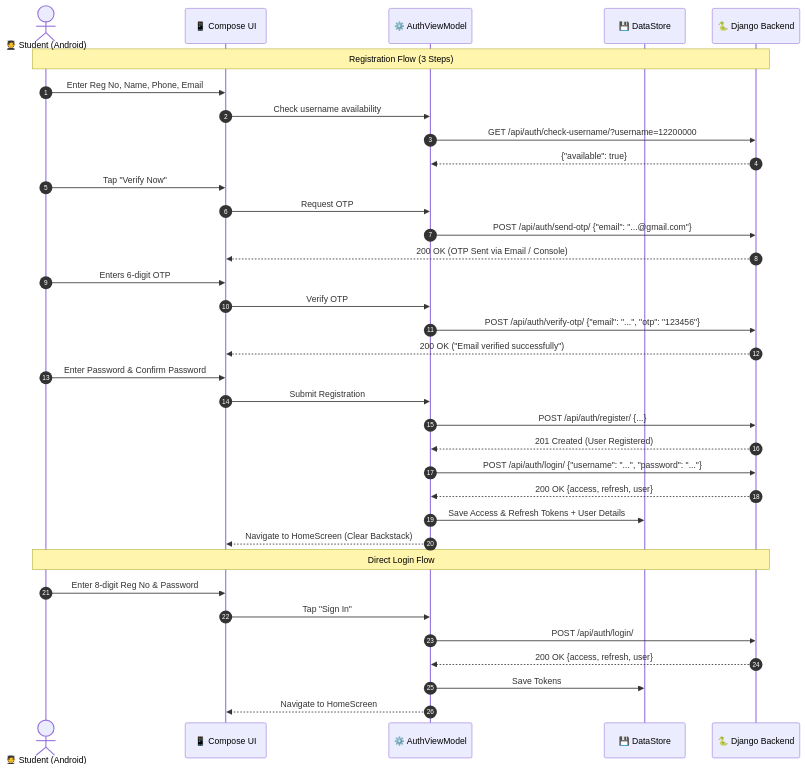
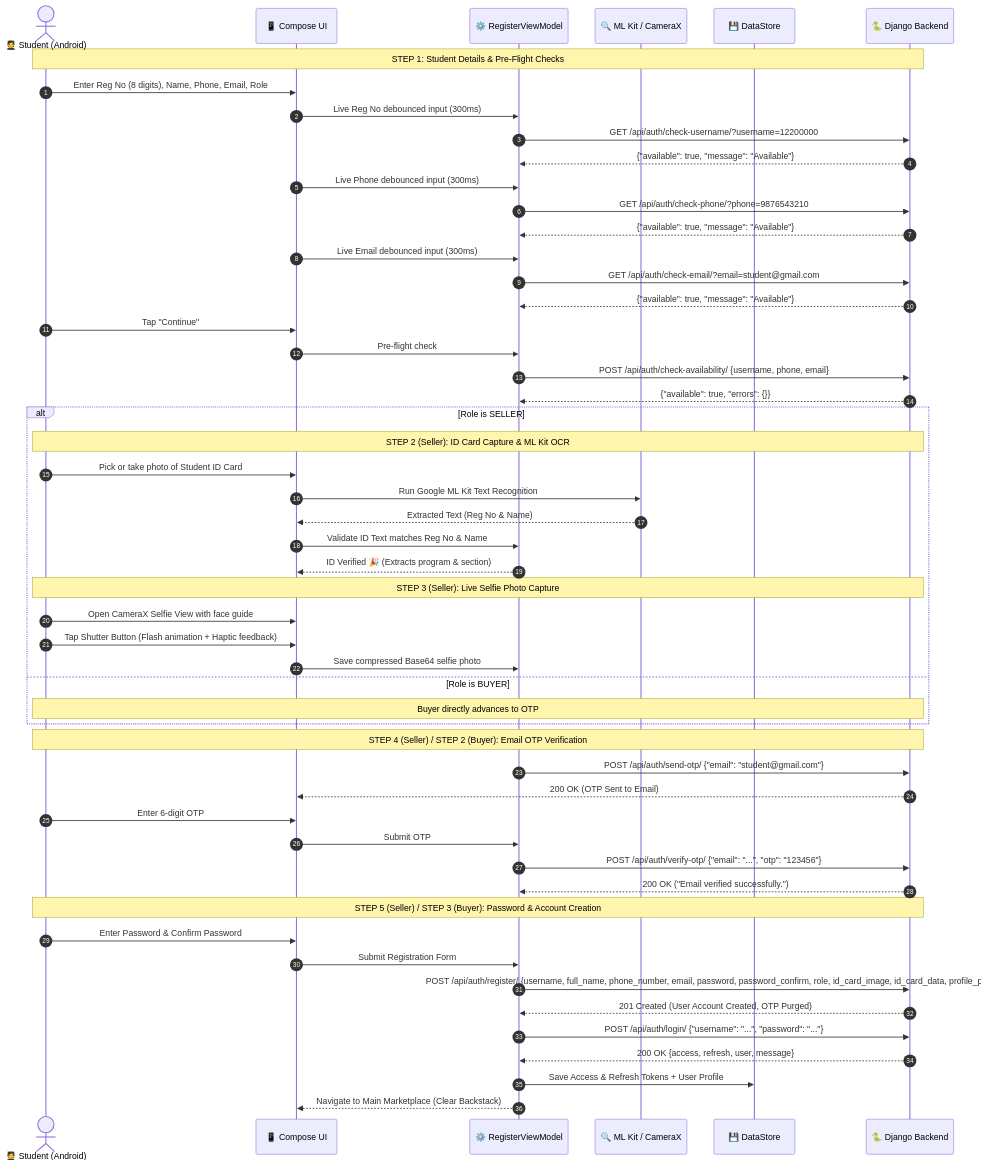
One commit to Aikansh-Official/django_marketplace changed the first of 2 diagrams in android/ANDROID_LOGIN_REGISTRATION.md. Above: the diagram before and after it, drawn with Mermaid. The commit also changed other lines of this file and 4 other files, not shown here.

Commit message:
docs: update architecture documentation, mobile specifications and feature list

````diff
--- a/android/ANDROID_LOGIN_REGISTRATION.md
+++ b/android/ANDROID_LOGIN_REGISTRATION.md
@@ -56,41 +139,60 @@
 ```mermaid
 sequenceDiagram
     autonumber
     actor Student as 🧑‍🎓 Student (Android)
     participant UI as 📱 Compose UI
-    participant VM as ⚙️ AuthViewModel
+    participant VM as ⚙️ RegisterViewModel
+    participant OCR as 🔍 ML Kit / CameraX
     participant DS as 💾 DataStore
     participant API as 🐍 Django Backend
 
-    Note over Student,API: Registration Flow (3 Steps)
-    Student->>UI: Enter Reg No, Name, Phone, Email
-    UI->>VM: Check username availability
+    Note over Student,API: STEP 1: Student Details & Pre-Flight Checks
+    Student->>UI: Enter Reg No (8 digits), Name, Phone, Email, Role
+    UI->>VM: Live Reg No debounced input (300ms)
     VM->>API: GET /api/auth/check-username/?username=12200000
-    API-->>VM: {"available": true}
-    Student->>UI: Tap "Verify Now"
-    UI->>VM: Request OTP
-    VM->>API: POST /api/auth/send-otp/ {"email": "...@gmail.com"}
-    API-->>UI: 200 OK (OTP Sent via Email / Console)
-    
-    Student->>UI: Enters 6-digit OTP
-    UI->>VM: Verify OTP
+    API-->>VM: {"available": true, "message": "Available"}
+    UI->>VM: Live Phone debounced input (300ms)
+    VM->>API: GET /api/auth/check-phone/?phone=9876543210
+    API-->>VM: {"available": true, "message": "Available"}
+    UI->>VM: Live Email debounced input (300ms)
+    VM->>API: GET /api/auth/check-email/?email=student@gmail.com
+    API-->>VM: {"available": true, "message": "Available"}
+    Student->>UI: Tap "Continue"
+    UI->>VM: Pre-flight check
+    VM->>API: POST /api/auth/check-availability/ {username, phone, email}
+    API-->>VM: {"available": true, "errors": {}}
+
+    alt Role is SELLER
+        Note over Student,API: STEP 2 (Seller): ID Card Capture & ML Kit OCR
+        Student->>UI: Pick or take photo of Student ID Card
+        UI->>OCR: Run Google ML Kit Text Recognition
+        OCR-->>UI: Extracted Text (Reg No & Name)
+        UI->>VM: Validate ID Text matches Reg No & Name
+        VM-->>UI: ID Verified 🎉 (Extracts program & section)
+
+        Note over Student,API: STEP 3 (Seller): Live Selfie Photo Capture
+        Student->>UI: Open CameraX Selfie View with face guide
+        Student->>UI: Tap Shutter Button (Flash animation + Haptic feedback)
+        UI->>VM: Save compressed Base64 selfie photo
+    else Role is BUYER
+        Note over Student,API: Buyer directly advances to OTP
+    end
+
+    Note over Student,API: STEP 4 (Seller) / STEP 2 (Buyer): Email OTP Verification
+    VM->>API: POST /api/auth/send-otp/ {"email": "student@gmail.com"}
+    API-->>UI: 200 OK (OTP Sent to Email)
+    Student->>UI: Enter 6-digit OTP
+    UI->>VM: Submit OTP
     VM->>API: POST /api/auth/verify-otp/ {"email": "...", "otp": "123456"}
-    API-->>UI: 200 OK ("Email verified successfully")
-    
+    API-->>VM: 200 OK ("Email verified successfully.")
+
+    Note over Student,API: STEP 5 (Seller) / STEP 3 (Buyer): Password & Account Creation
     Student->>UI: Enter Password & Confirm Password
-    UI->>VM: Submit Registration
-    VM->>API: POST /api/auth/register/ {...}
-    API-->>VM: 201 Created (User Registered)
+    UI->>VM: Submit Registration Form
+    VM->>API: POST /api/auth/register/ {username, full_name, phone_number, email, password, password_confirm, role, id_card_image, id_card_data, profile_photo}
+    API-->>VM: 201 Created (User Account Created, OTP Purged)
     VM->>API: POST /api/auth/login/ {"username": "...", "password": "..."}
-    API-->>VM: 200 OK {access, refresh, user}
-    VM->>DS: Save Access & Refresh Tokens + User Details
-    VM-->>UI: Navigate to HomeScreen (Clear Backstack)
-
-    Note over Student,API: Direct Login Flow
-    Student->>UI: Enter 8-digit Reg No & Password
-    UI->>VM: Tap "Sign In"
-    VM->>API: POST /api/auth/login/
-    API-->>VM: 200 OK {access, refresh, user}
-    VM->>DS: Save Tokens
-    VM-->>UI: Navigate to HomeScreen
+    API-->>VM: 200 OK {access, refresh, user, message}
+    VM->>DS: Save Access & Refresh Tokens + User Profile
+    VM-->>UI: Navigate to Main Marketplace (Clear Backstack)
 ```
````
